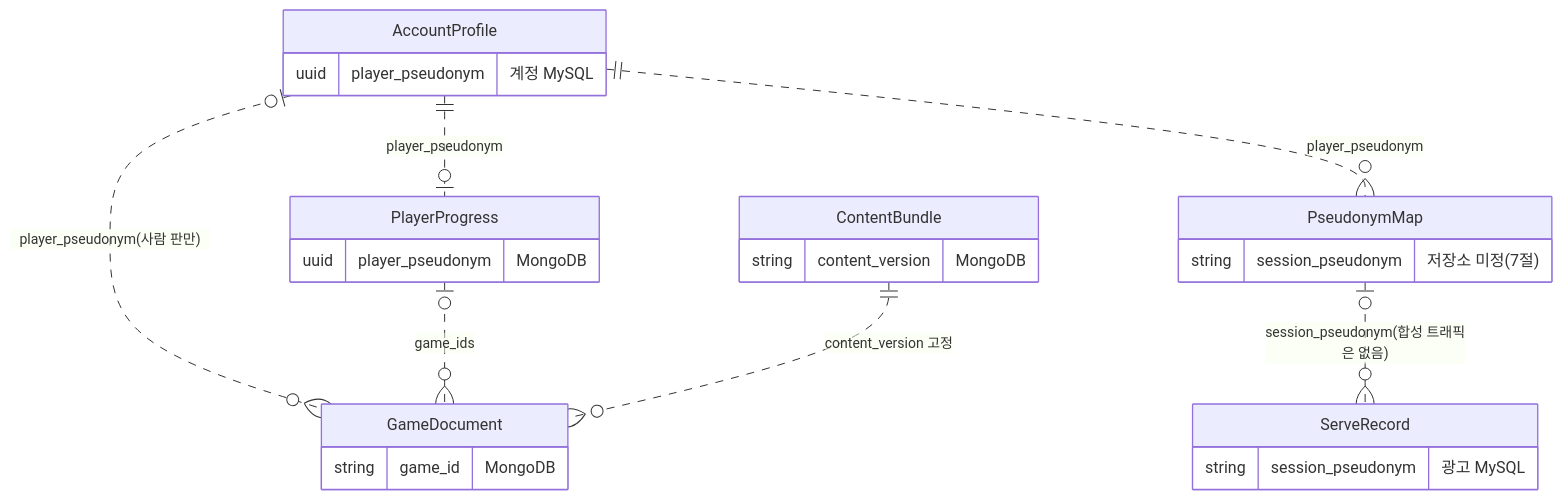
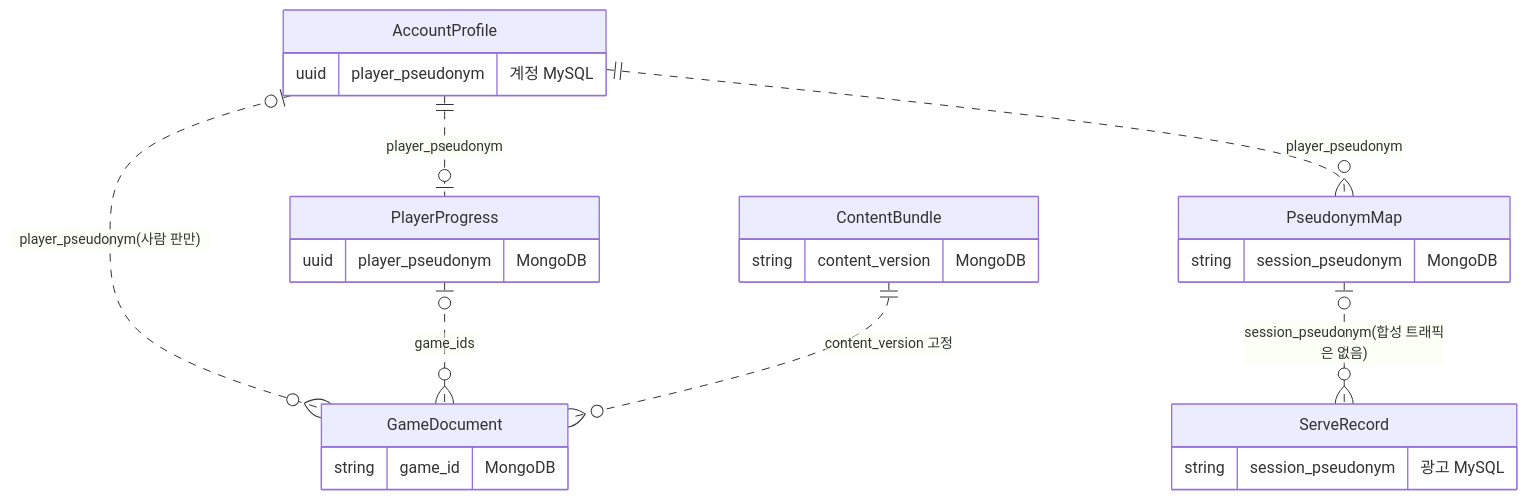
The third of 3 diagrams in docs/paldo_design_v1.md (encore-ai-campus/mlo-01-p4-team3), drawn with Mermaid before and after one commit. The commit also changed other lines of this file and 2 other files, not shown here.

````diff
--- a/docs/paldo_design_v1.md
+++ b/docs/paldo_design_v1.md
@@ -400,27 +407,27 @@
 ```mermaid
 erDiagram
     AccountProfile |o..o{ GameDocument : "player_pseudonym(사람 판만)"
     AccountProfile ||..o| PlayerProgress : "player_pseudonym"
     AccountProfile ||..o{ PseudonymMap : "player_pseudonym"
     PseudonymMap |o..o{ ServeRecord : "session_pseudonym(합성 트래픽은 없음)"
     PlayerProgress |o..o{ GameDocument : "game_ids"
     ContentBundle ||..o{ GameDocument : "content_version 고정"
     AccountProfile {
         uuid player_pseudonym "계정 MySQL"
     }
     GameDocument {
         string game_id "MongoDB"
     }
     PlayerProgress {
         uuid player_pseudonym "MongoDB"
     }
     ContentBundle {
         string content_version "MongoDB"
     }
     ServeRecord {
         string session_pseudonym "광고 MySQL"
     }
     PseudonymMap {
-        string session_pseudonym "저장소 미정(7절)"
+        string session_pseudonym "MongoDB"
     }
 ```
````
